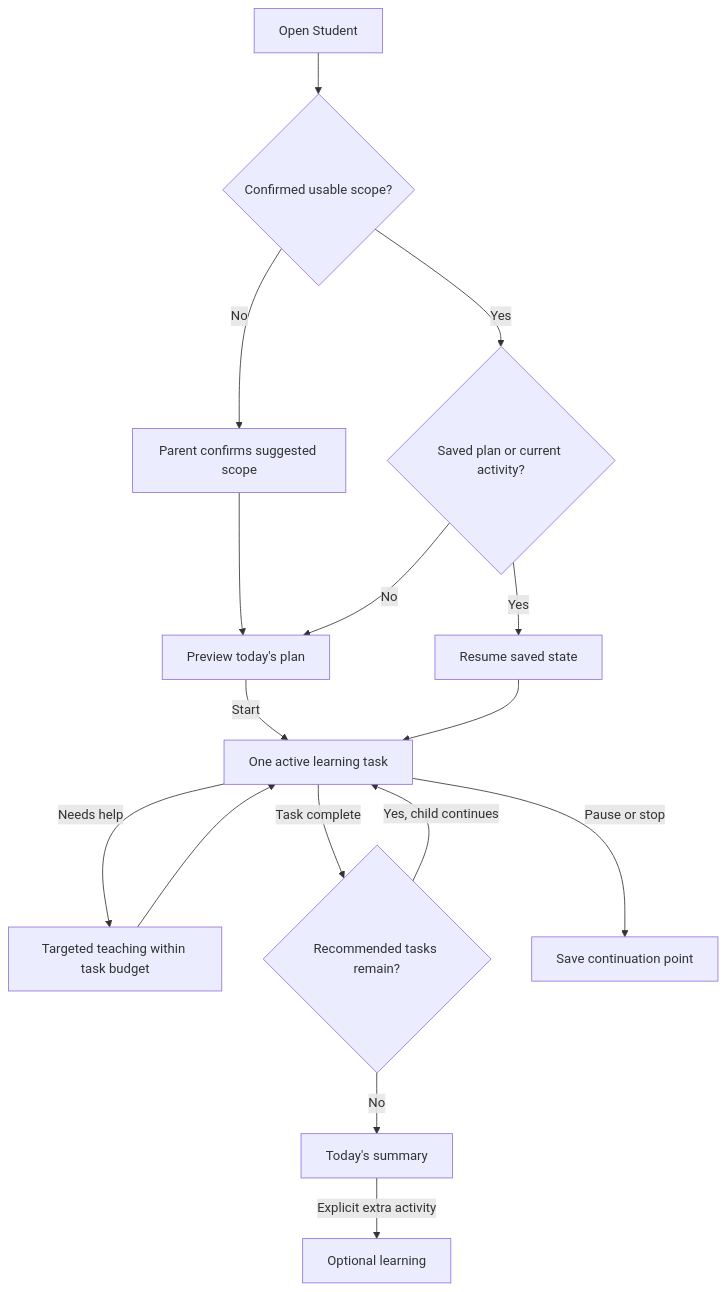
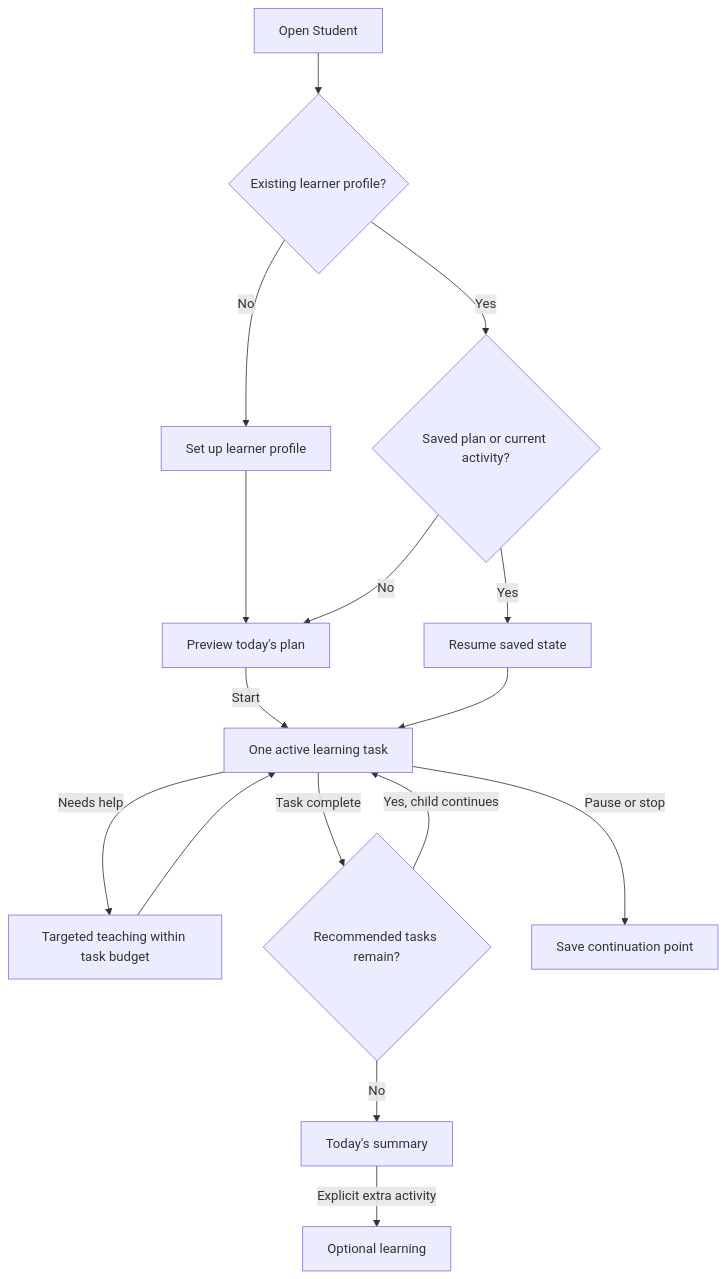
Before and after one commit to winterhuan/dsh-creative: the diagram in .agents/notes/proposed/feature/2026-11-25-student-daily-learning-plan.md, drawn with Mermaid. The commit also changed other lines of this file and 2 other files, not shown here.

Commit message:
fix(student): migrate existing learning and connect daily flow

````diff
--- a/.agents/notes/proposed/feature/2026-11-25-student-daily-learning-plan.md
+++ b/.agents/notes/proposed/feature/2026-11-25-student-daily-learning-plan.md
@@ -147,18 +149,18 @@
 ```mermaid
 flowchart TD
-  A[Open Student] --> B{Confirmed usable scope?}
-  B -->|No| C[Parent confirms suggested scope]
+  A[Open Student] --> B{Existing learner profile?}
+  B -->|No| C[Set up learner profile]
   C --> D[Preview today's plan]
   B -->|Yes| E{Saved plan or current activity?}
   E -->|Yes| F[Resume saved state]
   E -->|No| D
   D -->|Start| G[One active learning task]
   F --> G
   G -->|Needs help| H[Targeted teaching within task budget]
   H --> G
   G -->|Task complete| I{Recommended tasks remain?}
   I -->|Yes, child continues| G
   I -->|No| J[Today's summary]
   G -->|Pause or stop| K[Save continuation point]
   J -->|Explicit extra activity| L[Optional learning]
 ```
````
